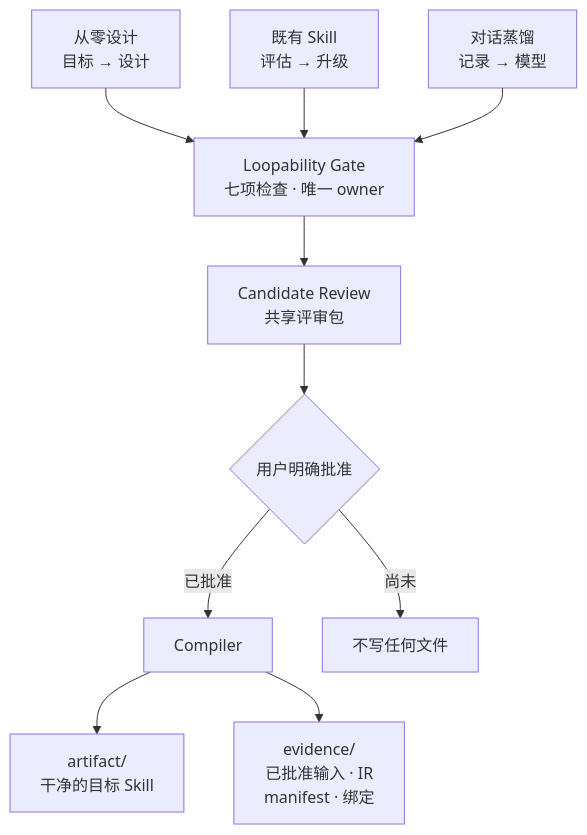
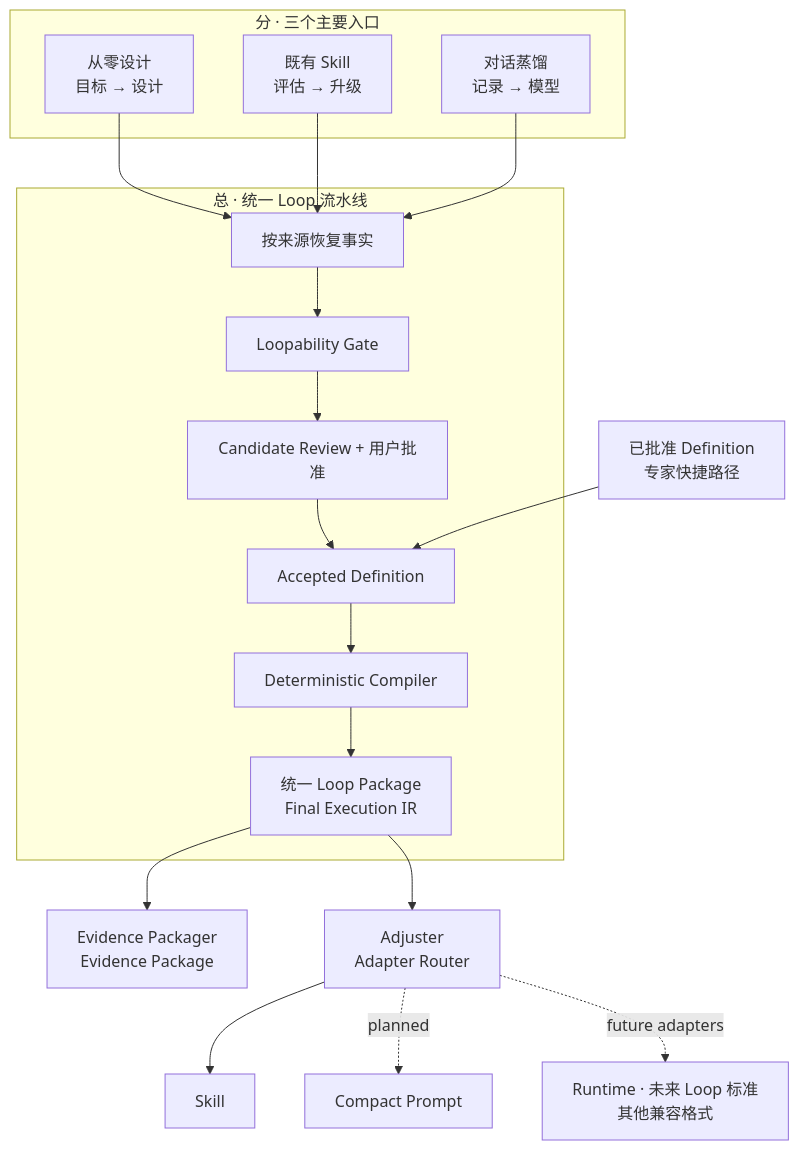
The diagram in README.zh.md (Conradgui/loop-craft), drawn with Mermaid before and after one commit. The commit also changed other lines of this file and 2 other files, not shown here.

````diff
--- a/README.zh.md
+++ b/README.zh.md
@@ -30,12 +23,31 @@
 ```mermaid
-flowchart TD
-    A1[从零设计<br/>目标 → 设计] --> G
-    A2[既有 Skill<br/>评估 → 升级] --> G
-    A3[对话蒸馏<br/>记录 → 模型] --> G
-    G[Loopability Gate<br/>七项检查 · 唯一 owner] --> R
-    R[Candidate Review<br/>共享评审包] --> AP{用户明确批准}
-    AP -->|已批准| C[Compiler]
-    AP -->|尚未| STOP[不写任何文件]
-    C --> ART[artifact/<br/>干净的目标 Skill]
-    C --> EV[evidence/<br/>已批准输入 · IR<br/>manifest · 绑定]
+flowchart TB
+    subgraph ENTRY["分 · 三个主要入口"]
+        E1["从零设计<br/>目标 → 设计"]
+        E2["既有 Skill<br/>评估 → 升级"]
+        E3["对话蒸馏<br/>记录 → 模型"]
+    end
+
+    subgraph CORE["总 · 统一 Loop 流水线"]
+        C1["按来源恢复事实"]
+        C2["Loopability Gate"]
+        C3["Candidate Review + 用户批准"]
+        C4["Accepted Definition"]
+        C5["Deterministic Compiler"]
+        C6["统一 Loop Package<br/>Final Execution IR"]
+        C1 --> C2 --> C3 --> C4 --> C5 --> C6
+    end
+
+    E1 --> C1
+    E2 --> C1
+    E3 --> C1
+
+    D["已批准 Definition<br/>专家快捷路径"] --> C4
+
+    C6 --> EP["Evidence Packager<br/>Evidence Package"]
+    C6 --> AR["Adjuster<br/>Adapter Router"]
+
+    AR --> S["Skill"]
+    AR -. planned .-> P["Compact Prompt"]
+    AR -. future adapters .-> F["Runtime · 未来 Loop 标准<br/>其他兼容格式"]
 ```
````
